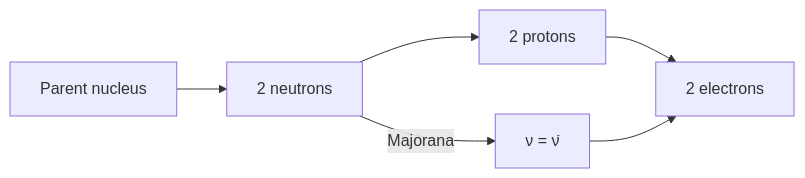
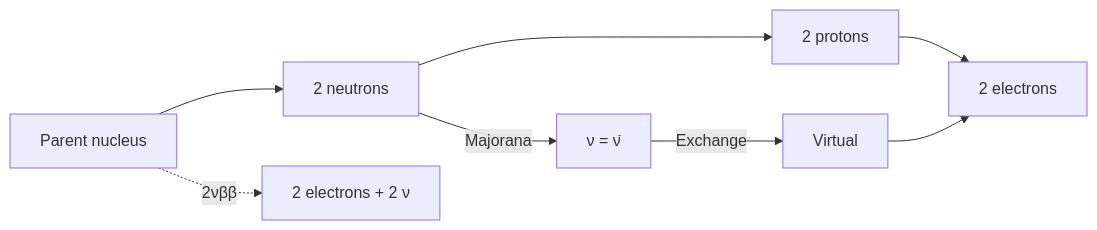
The fifth of 5 diagrams in 03_MSc_Physics/electives/MSPY_6710_Neutrino_Physics/README.md (yip-lgtm/PhysicsSelfStudy), drawn with Mermaid before and after one commit. The commit also changed other lines of this file and 17 other files, not shown here.

````diff
--- a/03_MSc_Physics/electives/MSPY_6710_Neutrino_Physics/README.md
+++ b/03_MSc_Physics/electives/MSPY_6710_Neutrino_Physics/README.md
@@ -319,8 +494,10 @@
 ```mermaid
 graph LR
     A[Parent nucleus] --> B[2 neutrons]
     B --> C[2 protons]
     C --> D[2 electrons]
     B -->|Majorana| E[ν = ν̄]
-    E --> D
+    E -->|Exchange| F[Virtual]
+    F --> D
+    A -.->|2νββ| G[2 electrons + 2 ν]
 ```
````
